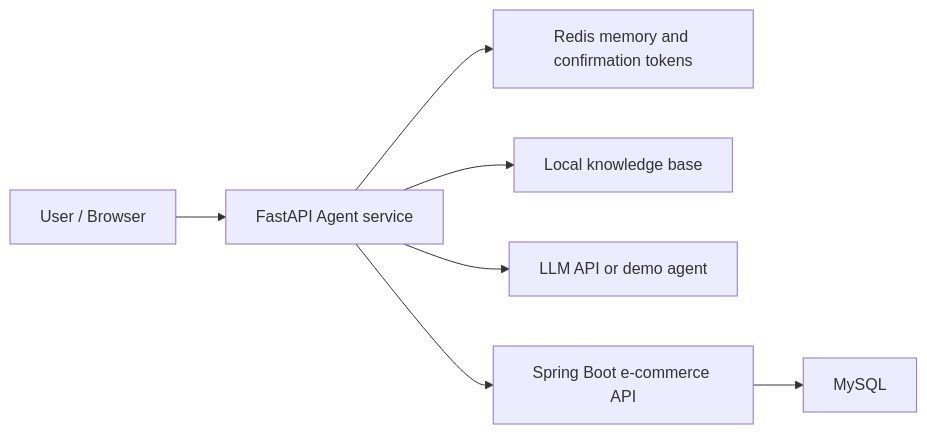
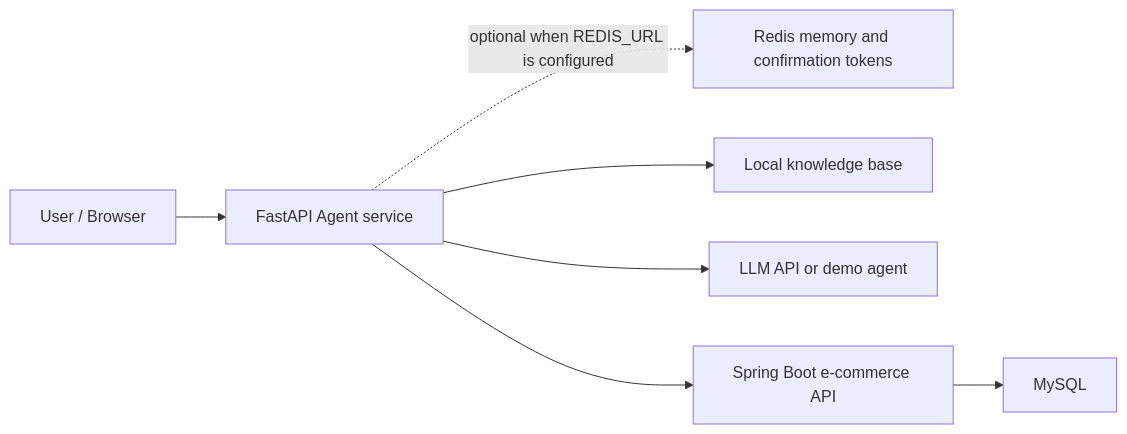
One commit to guo-jinhong/ordermate changed the first of 2 diagrams in docs/api-design.md. Above: the diagram before and after it, drawn with Mermaid. The commit also changed other lines of this file and 29 other files, not shown here.

````diff
--- a/docs/api-design.md
+++ b/docs/api-design.md
@@ -19,9 +19,9 @@
 ```mermaid
 flowchart LR
     U["User / Browser"] --> A["FastAPI Agent service"]
-    A --> R["Redis memory and confirmation tokens"]
+    A -.->|"optional when REDIS_URL is configured"| R["Redis memory and confirmation tokens"]
     A --> K["Local knowledge base"]
     A --> L["LLM API or demo agent"]
     A --> B["Spring Boot e-commerce API"]
     B --> M["MySQL"]
 ```
````
